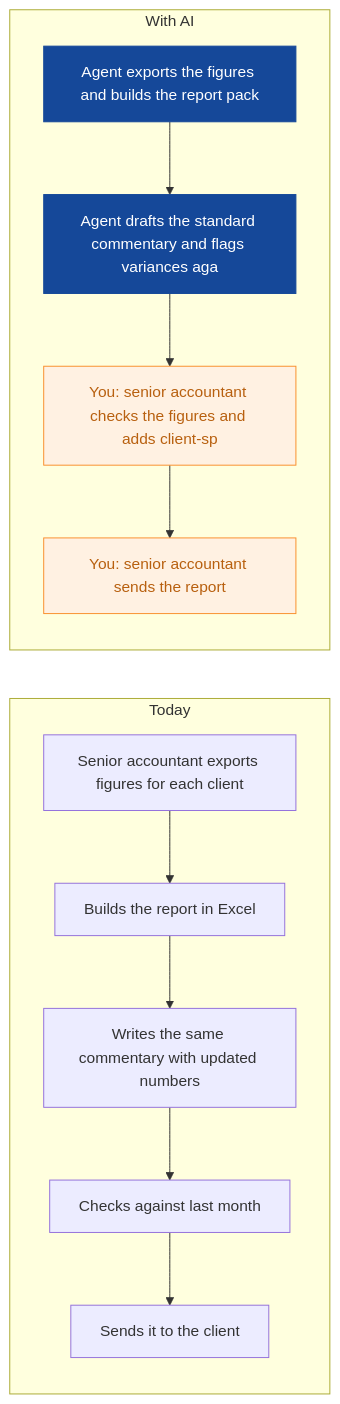
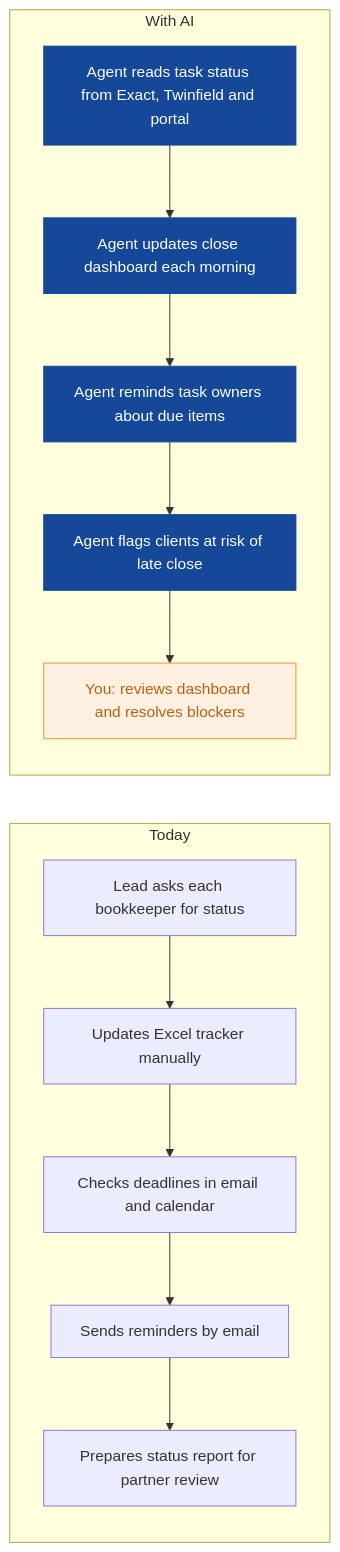
The seventh of 9 diagrams in strategies/brightwater-accountancy.md (nexibeo/Complete-AI-Strategy), drawn with Mermaid before and after one commit. The commit also changed other lines of this file and 26 other files, not shown here.

````diff
--- a/strategies/brightwater-accountancy.md
+++ b/strategies/brightwater-accountancy.md
@@ -222,22 +227,23 @@
 ```mermaid
 flowchart LR
   subgraph Today
-    B0["Senior accountant exports figures for each client"]
-    B1["Builds the report in Excel"]
-    B2["Writes the same commentary with updated numbers"]
-    B3["Checks against last month"]
-    B4["Sends it to the client"]
+    B0["Lead asks each bookkeeper for status"]
+    B1["Updates Excel tracker manually"]
+    B2["Checks deadlines in email and calendar"]
+    B3["Sends reminders by email"]
+    B4["Prepares status report for partner review"]
     B0 --> B1 --> B2 --> B3 --> B4
   end
   subgraph WithAI[With AI]
-    A0["Agent exports the figures and builds the report pack"]
-    A1["Agent drafts the standard commentary and flags variances aga"]
-    A2["You: senior accountant checks the figures and adds client-sp"]
-    A3["You: senior accountant sends the report"]
-    A0 --> A1 --> A2 --> A3
+    A0["Agent reads task status from Exact, Twinfield and portal"]
+    A1["Agent updates close dashboard each morning"]
+    A2["Agent reminds task owners about due items"]
+    A3["Agent flags clients at risk of late close"]
+    A4["You: reviews dashboard and resolves blockers"]
+    A0 --> A1 --> A2 --> A3 --> A4
   end
   classDef ai fill:#154899,color:#fff,stroke:#154899
   classDef human fill:#FFF1E2,color:#B8600F,stroke:#F98F2C
-  class A0,A1 ai
-  class A2,A3 human
+  class A0,A1,A2,A3 ai
+  class A4 human
 ```
````
